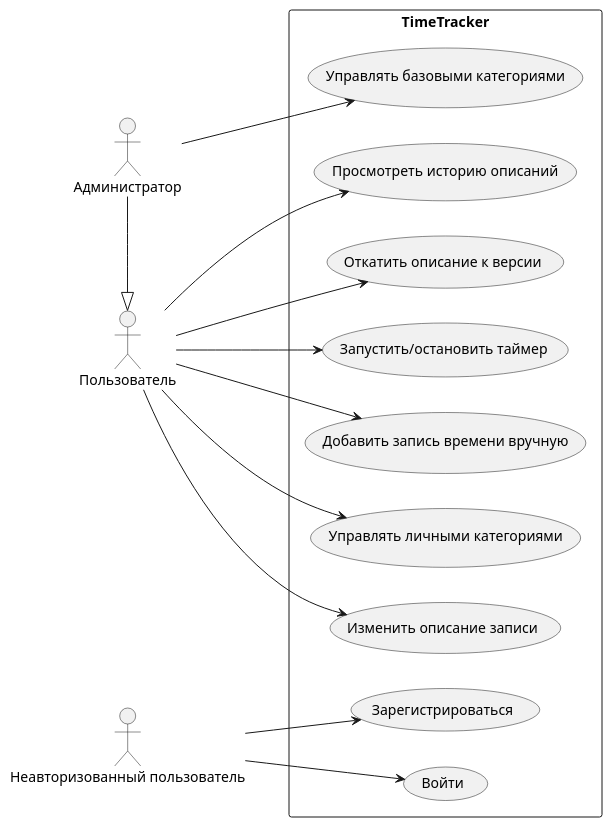
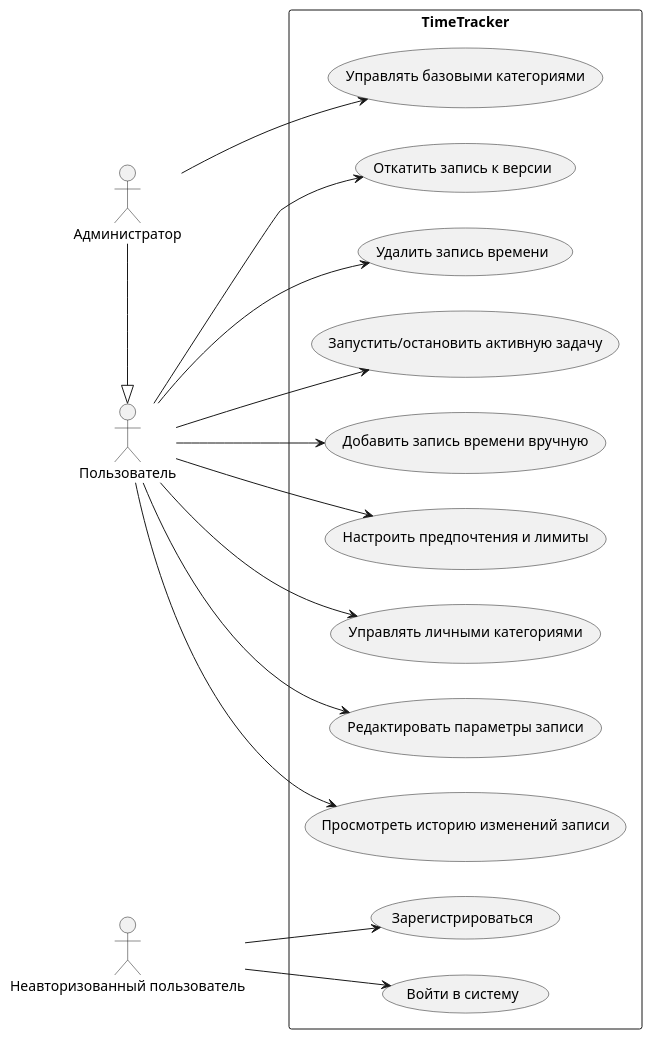
The diagram in docs/usecase.puml (da-fuu/IU7_7sem_Web), drawn with PlantUML before and after one commit. The commit also changed 26 other files, not shown here.

Commit message:
docs(diagrams): update puml, bpmn and svg diagrams to reflect new business logic and architecture

```diff
--- a/docs/usecase.puml
+++ b/docs/usecase.puml
@@ -1,35 +1,39 @@
 @startuml
 left to right direction
 skinparam packageStyle rectangle
 
 actor "Неавторизованный пользователь" as guest
 actor "Пользователь" as user
 actor "Администратор" as admin
 admin -|> user
 
 rectangle "TimeTracker" {
   usecase "Зарегистрироваться" as UC_Register
-  usecase "Войти" as UC_Login
-  usecase "Запустить/остановить таймер" as UC_Timer
+  usecase "Войти в систему" as UC_Login
+  usecase "Запустить/остановить активную задачу" as UC_Timer
   usecase "Добавить запись времени вручную" as UC_Manual
+  usecase "Настроить предпочтения и лимиты" as UC_ManageSettings
   usecase "Управлять личными категориями" as UC_ManageOwnCategories
-  usecase "Изменить описание записи" as UC_UpdateDesc
-  usecase "Просмотреть историю описаний" as UC_ViewHistory
-  usecase "Откатить описание к версии" as UC_RollbackDesc
+  usecase "Редактировать параметры записи" as UC_UpdateRecord
+  usecase "Просмотреть историю изменений записи" as UC_ViewHistory
+  usecase "Откатить запись к версии" as UC_RollbackRecord
+  usecase "Удалить запись времени" as UC_DeleteRecord
 
   usecase "Управлять базовыми категориями" as UC_ManageDefaultCategories
 }
 
 guest --> UC_Register
 guest --> UC_Login
 
 user --> UC_Timer
 user --> UC_Manual
+user --> UC_ManageSettings
 user --> UC_ManageOwnCategories
-user --> UC_UpdateDesc
+user --> UC_UpdateRecord
 user --> UC_ViewHistory
-user --> UC_RollbackDesc
+user --> UC_RollbackRecord
+user --> UC_DeleteRecord
 
 admin --> UC_ManageDefaultCategories
 
 @enduml
```
